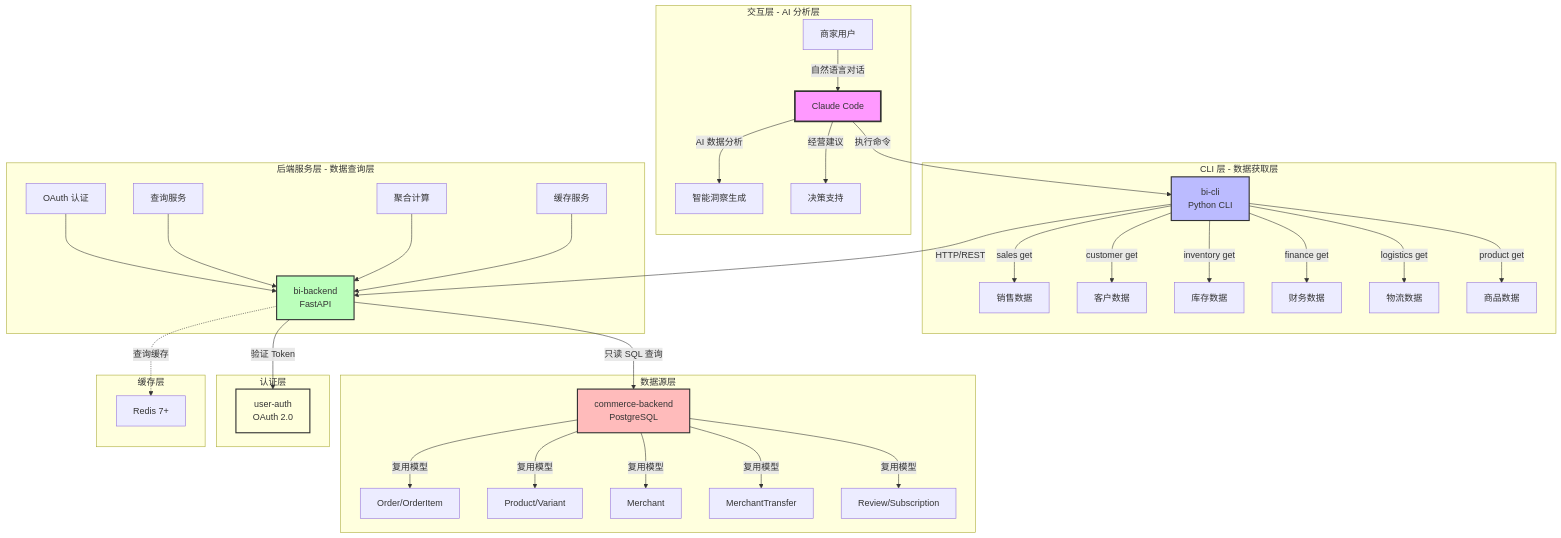
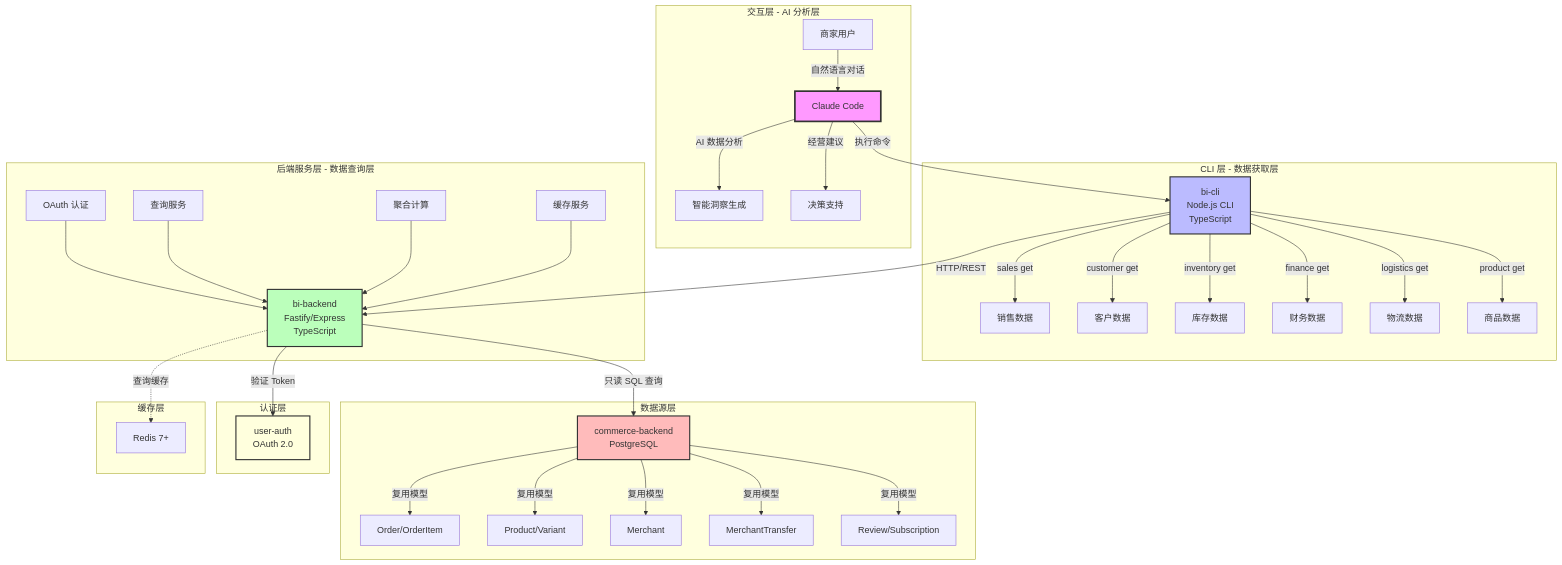
One commit to Optima-Chat/optima-bi changed the first of 3 diagrams in docs/tech-design.md. Above: the diagram before and after it, drawn with Mermaid. The commit also changed other lines of this file and 1 other file, not shown here.

First line of the commit message:
refactor: 迁移技术栈至 TypeScript

````diff
--- a/docs/tech-design.md
+++ b/docs/tech-design.md
@@ -7,49 +7,49 @@
 ```mermaid
 graph TB
     subgraph "交互层 - AI 分析层"
         A[商家用户] -->|自然语言对话| B[Claude Code]
         B -->|AI 数据分析| B1[智能洞察生成]
         B -->|经营建议| B2[决策支持]
     end
 
     subgraph "CLI 层 - 数据获取层"
-        B -->|执行命令| C[bi-cli<br/>Python CLI]
+        B -->|执行命令| C[bi-cli<br/>Node.js CLI<br/>TypeScript]
         C -->|sales get| C1[销售数据]
         C -->|customer get| C2[客户数据]
         C -->|inventory get| C3[库存数据]
         C -->|finance get| C4[财务数据]
         C -->|logistics get| C5[物流数据]
         C -->|product get| C6[商品数据]
     end
 
     subgraph "后端服务层 - 数据查询层"
-        C -->|HTTP/REST| D[bi-backend<br/>FastAPI]
+        C -->|HTTP/REST| D[bi-backend<br/>Fastify/Express<br/>TypeScript]
         D1[OAuth 认证] --> D
         D2[查询服务] --> D
         D3[聚合计算] --> D
         D4[缓存服务] --> D
     end
 
     subgraph "数据源层"
         D -->|只读 SQL 查询| E[commerce-backend<br/>PostgreSQL]
         E -->|复用模型| E1[Order/OrderItem]
         E -->|复用模型| E2[Product/Variant]
         E -->|复用模型| E3[Merchant]
         E -->|复用模型| E4[MerchantTransfer]
         E -->|复用模型| E5[Review/Subscription]
     end
 
     subgraph "认证层"
         D -->|验证 Token| F[user-auth<br/>OAuth 2.0]
     end
 
     subgraph "缓存层"
         D -.->|查询缓存| G[Redis 7+]
     end
 
     style B fill:#f9f,stroke:#333,stroke-width:3px
     style C fill:#bbf,stroke:#333,stroke-width:2px
     style D fill:#bfb,stroke:#333,stroke-width:2px
     style E fill:#fbb,stroke:#333,stroke-width:2px
     style F fill:#ffd,stroke:#333,stroke-width:2px
 ```
````
